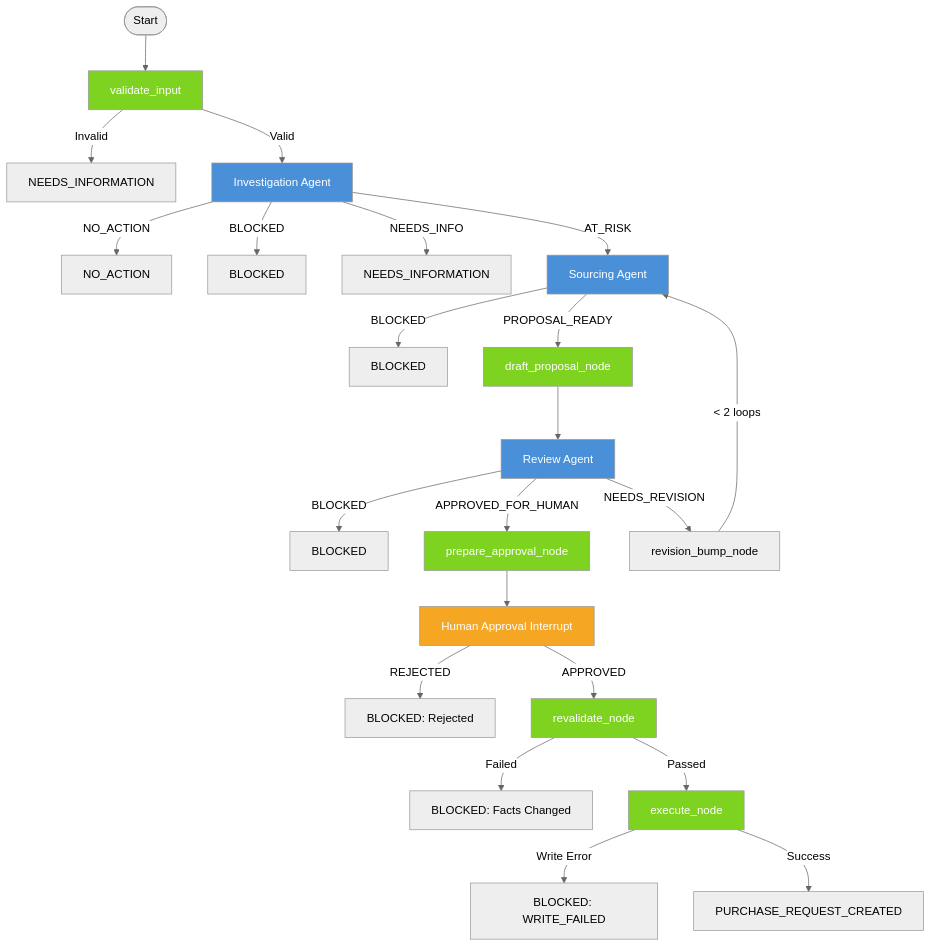
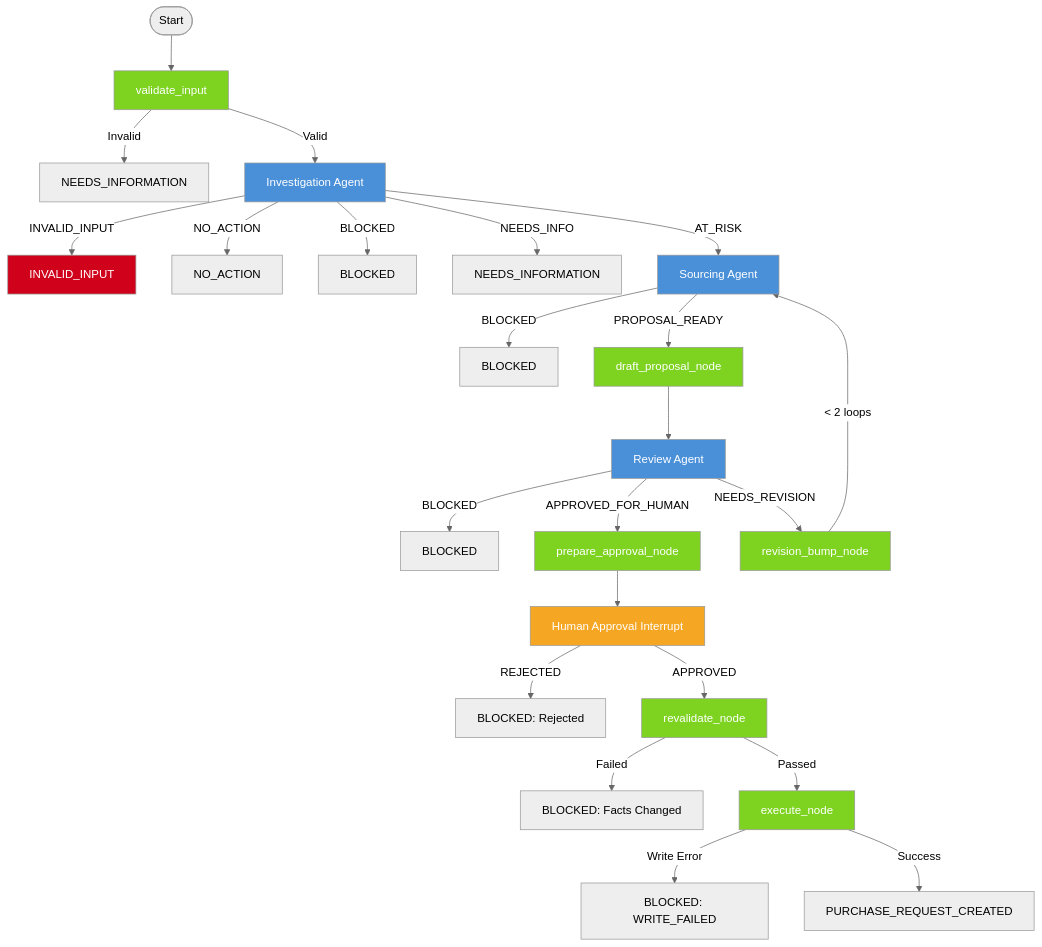
One commit to AdithyaGopakumar/IIT-M-Pravarthak-Mini-Project-Vitrious changed the diagram in submission/design.md. Above: the diagram before and after it, drawn with Mermaid (neutral theme). The commit also changed other lines of this file, not shown here.

````diff
--- a/submission/design.md
+++ b/submission/design.md
@@ -7,42 +7,45 @@
 ```mermaid
 graph TD
     START([Start]) --> VALIDATE[validate_input]
     VALIDATE -->|Invalid| TERMINAL_NEEDS_INFO[NEEDS_INFORMATION]
     VALIDATE -->|Valid| INVESTIGATE[Investigation Agent]
     
+    INVESTIGATE -->|INVALID_INPUT| TERMINAL_INVALID[INVALID_INPUT]
     INVESTIGATE -->|NO_ACTION| TERMINAL_NO_ACTION[NO_ACTION]
     INVESTIGATE -->|BLOCKED| TERMINAL_BLOCKED_INVEST[BLOCKED]
     INVESTIGATE -->|NEEDS_INFO| TERMINAL_NEEDS_INFO2[NEEDS_INFORMATION]
     INVESTIGATE -->|AT_RISK| SOURCE[Sourcing Agent]
     
     SOURCE -->|BLOCKED| TERMINAL_BLOCKED_SOURCE[BLOCKED]
     SOURCE -->|PROPOSAL_READY| DRAFT[draft_proposal_node]
     
     DRAFT --> REVIEW[Review Agent]
     
     REVIEW -->|BLOCKED| TERMINAL_BLOCKED_REVIEW[BLOCKED]
     REVIEW -->|APPROVED_FOR_HUMAN| APPROVAL_PREP[prepare_approval_node]
     REVIEW -->|NEEDS_REVISION| REVISION_BUMP[revision_bump_node]
     REVISION_BUMP -->|< 2 loops| SOURCE
     
     APPROVAL_PREP --> HUMAN[Human Approval Interrupt]
     
-    HUMAN -->|REJECTED| TERMINAL_REJECTED[BLOCKED: Rejected]
+    HUMAN -->|REJECTED| TERMINAL_REJECTED["BLOCKED: Rejected"]
     HUMAN -->|APPROVED| REVALIDATE[revalidate_node]
     
-    REVALIDATE -->|Failed| TERMINAL_BLOCKED_REVAL[BLOCKED: Facts Changed]
+    REVALIDATE -->|Failed| TERMINAL_BLOCKED_REVAL["BLOCKED: Facts Changed"]
     REVALIDATE -->|Passed| EXECUTE[execute_node]
     
-    EXECUTE -->|Write Error| TERMINAL_WRITE_FAIL[BLOCKED: WRITE_FAILED]
+    EXECUTE -->|Write Error| TERMINAL_WRITE_FAIL["BLOCKED: WRITE_FAILED"]
     EXECUTE -->|Success| TERMINAL_SUCCESS[PURCHASE_REQUEST_CREATED]
 
     style INVESTIGATE fill:#4a90d9,color:white
     style SOURCE fill:#4a90d9,color:white
     style REVIEW fill:#4a90d9,color:white
     style HUMAN fill:#f5a623,color:white
     style VALIDATE fill:#7ed321,color:white
     style DRAFT fill:#7ed321,color:white
     style APPROVAL_PREP fill:#7ed321,color:white
     style REVALIDATE fill:#7ed321,color:white
     style EXECUTE fill:#7ed321,color:white
+    style REVISION_BUMP fill:#7ed321,color:white
+    style TERMINAL_INVALID fill:#d0021b,color:white
 ```
````
